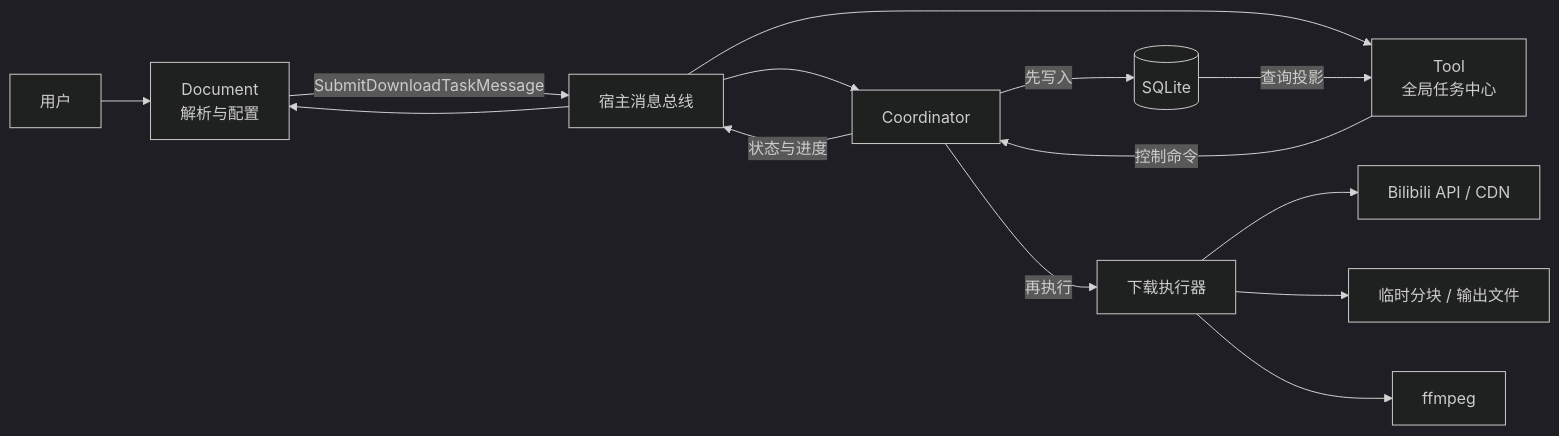
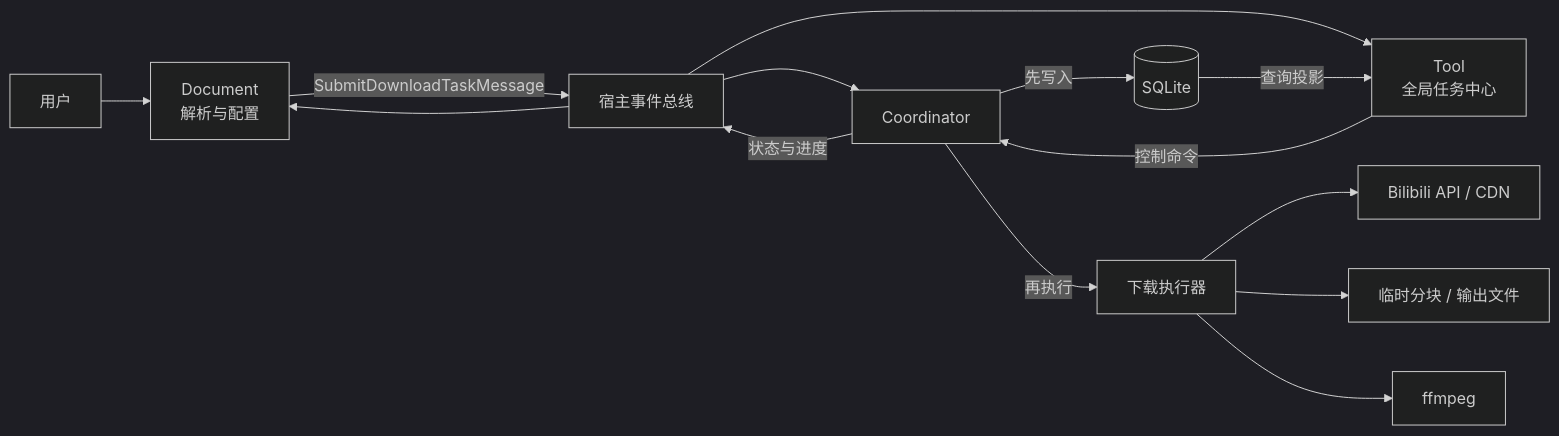
One commit to crownclowngx/avalonia_dock_simple_test changed the third of 5 diagrams in Plugins/BiliDownloader/BiliDownloader/doc/design/BILIDOWNLOADER-ARCHITECTURE-REVIEW.md. Above: the diagram before and after it, drawn with Mermaid (dark theme). The commit also changed other lines of this file and 81 other files, not shown here.

````diff
--- a/Plugins/BiliDownloader/BiliDownloader/doc/design/BILIDOWNLOADER-ARCHITECTURE-REVIEW.md
+++ b/Plugins/BiliDownloader/BiliDownloader/doc/design/BILIDOWNLOADER-ARCHITECTURE-REVIEW.md
@@ -160,16 +161,16 @@
 ```mermaid
 flowchart LR
     User["用户"] --> Doc["Document<br/>解析与配置"]
-    Doc -->|"SubmitDownloadTaskMessage"| Bus["宿主消息总线"]
+    Doc -->|"SubmitDownloadTaskMessage"| Bus["宿主事件总线"]
     Bus --> Coordinator["Coordinator"]
     Coordinator -->|"先写入"| DB[("SQLite")]
     Coordinator -->|"再执行"| Executor["下载执行器"]
     Executor --> Network["Bilibili API / CDN"]
     Executor --> Files["临时分块 / 输出文件"]
     Executor --> Ffmpeg["ffmpeg"]
     Coordinator -->|"状态与进度"| Bus
     Bus --> Doc
     Bus --> Tool["Tool<br/>全局任务中心"]
     Tool -->|"控制命令"| Coordinator
     DB -->|"查询投影"| Tool
 ```
````
